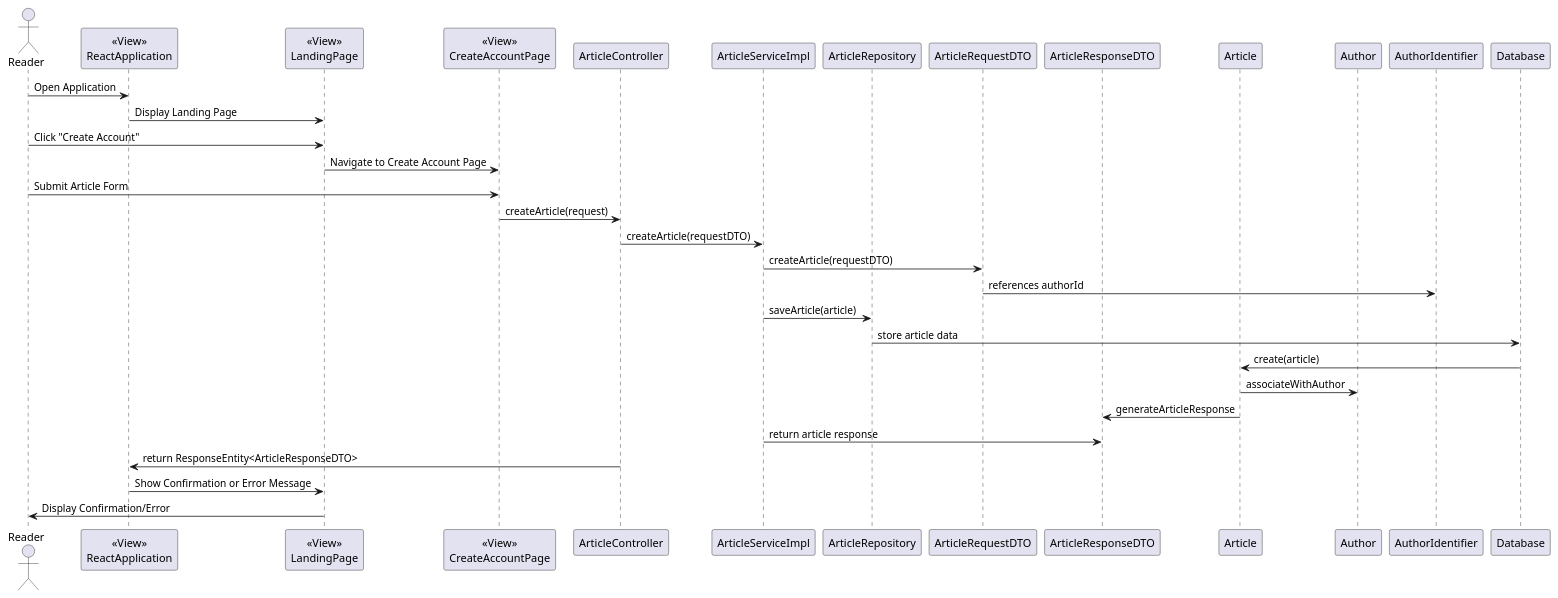
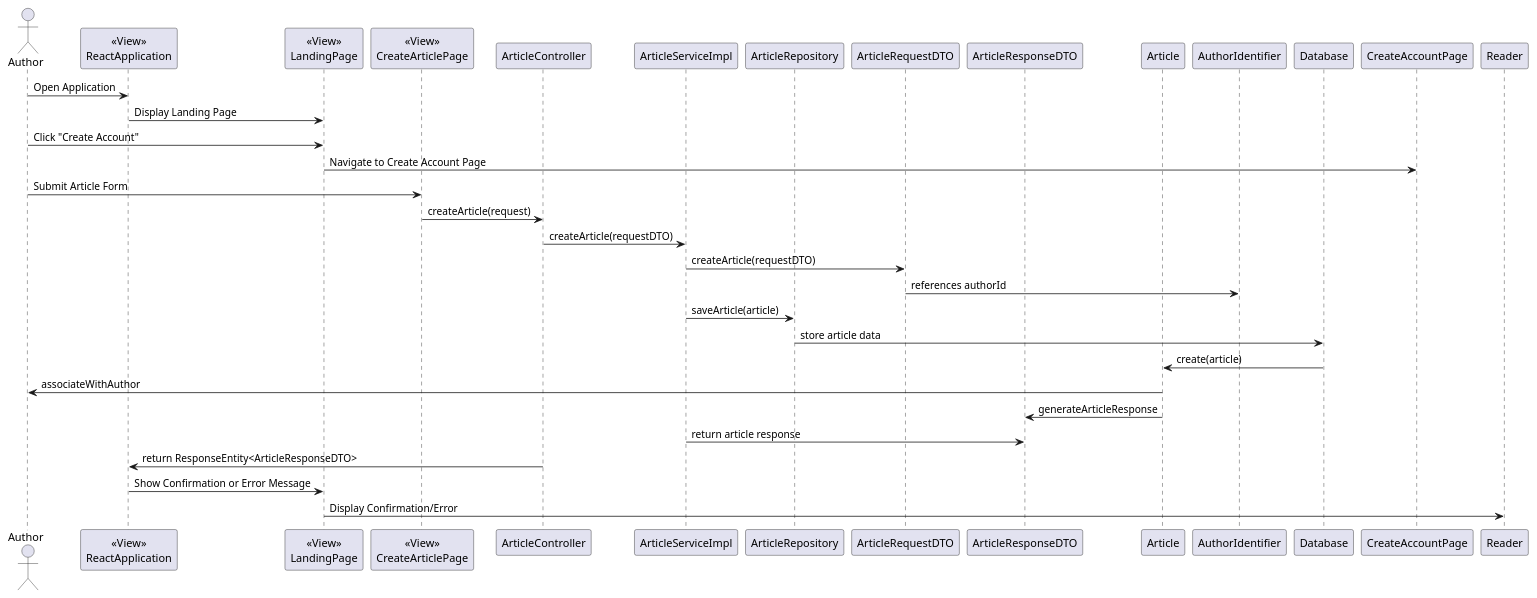
One commit to Valthefirst/league_alerts-ChamplainECP changed the diagram in Diagrams/Sprints/Sprint2Diagrams/Sequence_Diagram/publishArticle.puml. Above: the diagram before and after it, drawn with PlantUML. The commit also changed 2 other files, not shown here.

Commit message:
Added diagrams

```diff
--- a/Diagrams/Sprints/Sprint2Diagrams/Sequence_Diagram/publishArticle.puml
+++ b/Diagrams/Sprints/Sprint2Diagrams/Sequence_Diagram/publishArticle.puml
@@ -1,38 +1,37 @@
 @startuml
 
-actor Reader
+actor Author
 
 participant ReactApplication as "<<View>>\nReactApplication"
 participant LandingPage as "<<View>>\nLandingPage"
-participant CreateAccountPage as "<<View>>\nCreateAccountPage"
+participant CreateArticlePage as "<<View>>\nCreateArticlePage"
 participant "ArticleController" as Controller
 participant "ArticleServiceImpl" as ServiceImpl
 participant "ArticleRepository" as Repository
 participant "ArticleRequestDTO" as RequestDTO
 participant "ArticleResponseDTO" as ResponseDTO
 participant "Article" as Article
-participant "Author" as Author
 participant "AuthorIdentifier" as AuthorId
 participant "Database" as DB
 
-Reader -> ReactApplication : Open Application
+Author -> ReactApplication : Open Application
 ReactApplication -> LandingPage : Display Landing Page
-Reader -> LandingPage : Click "Create Account"
+Author -> LandingPage : Click "Create Account"
 LandingPage -> CreateAccountPage : Navigate to Create Account Page
-Reader -> CreateAccountPage : Submit Article Form
+Author -> CreateArticlePage : Submit Article Form
 
-CreateAccountPage -> Controller : createArticle(request)
+CreateArticlePage -> Controller : createArticle(request)
 Controller -> ServiceImpl : createArticle(requestDTO)
 ServiceImpl -> RequestDTO : createArticle(requestDTO)
 RequestDTO -> AuthorId : references authorId
 ServiceImpl -> Repository : saveArticle(article)
 Repository -> DB : store article data
 DB -> Article : create(article)
 Article -> Author : associateWithAuthor
 Article -> ResponseDTO : generateArticleResponse
 ServiceImpl -> ResponseDTO : return article response
 Controller -> ReactApplication : return ResponseEntity<ArticleResponseDTO>
 ReactApplication -> LandingPage : Show Confirmation or Error Message
 LandingPage -> Reader : Display Confirmation/Error
 
 @enduml
```
